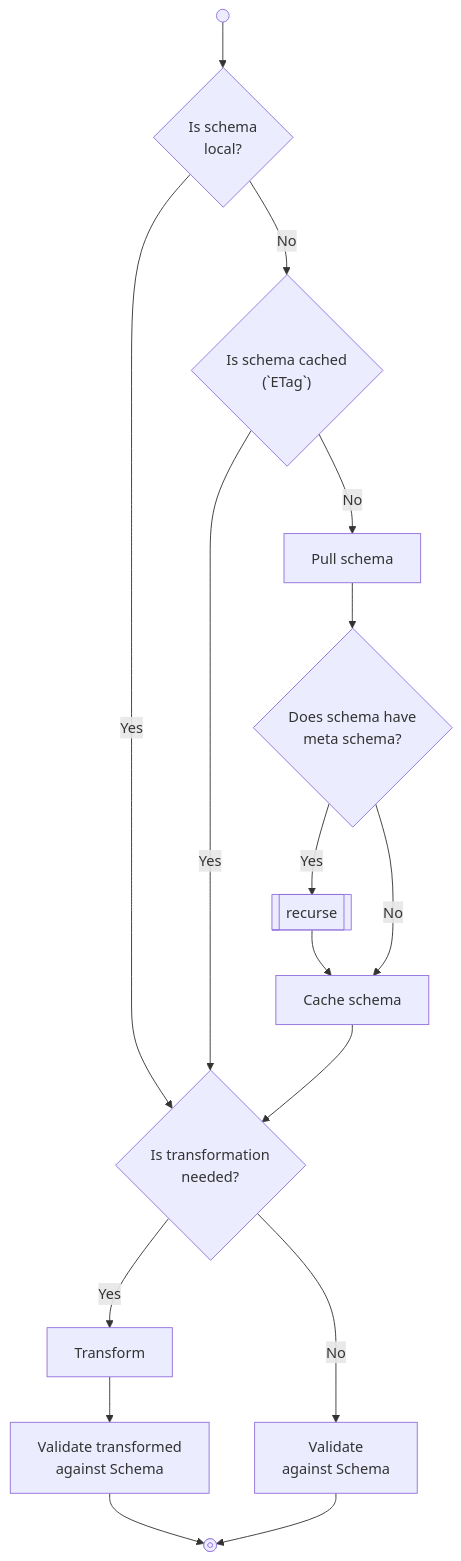
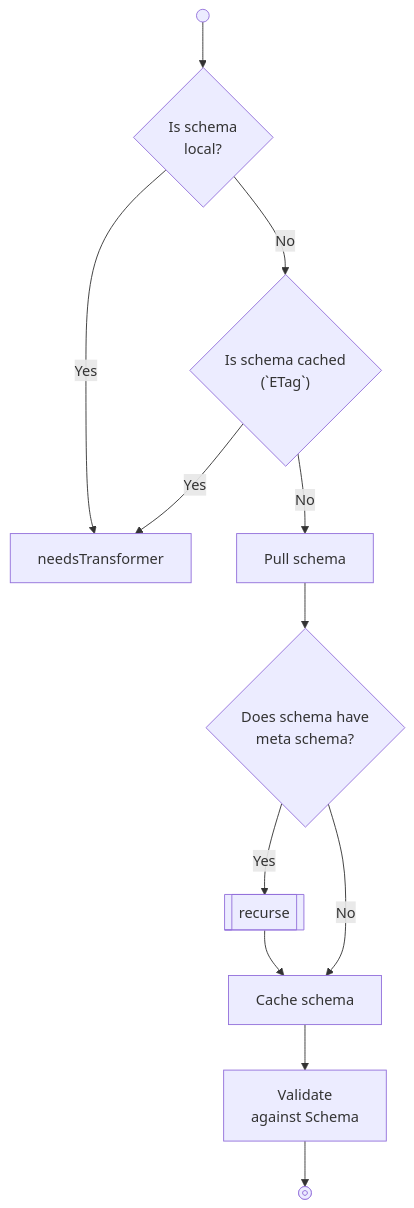
The diagram in docs/design/schema-engine/validation.md (zitadel/nextgen), drawn with Mermaid before and after one commit. The commit also changed 2 other files, not shown here.

Commit message:
fix: comments + made transformers out of scope

````diff
--- a/docs/design/schema-engine/validation.md
+++ b/docs/design/schema-engine/validation.md
@@ -5,30 +5,24 @@
 ```mermaid
 flowchart TD
     isSchemaLocal@{             shape: decision,   label: "Is schema\nlocal?" }
     isSchemaCached@{            shape: decision,   label: "Is schema cached\n(`ETag`)" }
     pullSchema@{                shape: process,    label: "Pull schema" }    
     cacheSchema@{               shape: process,    label: "Cache schema" }
     doesSchemaHaveMetaSchema@{  shape: decision,   label: "Does schema have\nmeta schema?" }
     recurse@{                   shape: subprocess, label: "recurse"}
-    needsTransformer@{          shape: decision,   label: "Is transformation\nneeded?" }
-    transformObject@{           shape: process,    label: "Transform" }
     validateObject@{            shape: process,    label: "Validate\nagainst Schema" }
-    validateTransformedObject@{ shape: process,    label: "Validate transformed \nagainst Schema" }
     ok@{                        shape: stop }
 
     start@{shape: start} --> isSchemaLocal
 
     isSchemaLocal -- Yes --> needsTransformer
     isSchemaLocal -- No  --> isSchemaCached
 
     isSchemaCached -- Yes --> needsTransformer
     isSchemaCached -- No  --> pullSchema --> doesSchemaHaveMetaSchema
     
     doesSchemaHaveMetaSchema -- Yes --> recurse --> cacheSchema
     doesSchemaHaveMetaSchema -- No --> cacheSchema
 
-    cacheSchema --> needsTransformer
-
-    needsTransformer -- Yes --> transformObject --> validateTransformedObject --> ok
-    needsTransformer -- No  --> validateObject --> ok
+    cacheSchema --> validateObject --> ok
 ```
````
